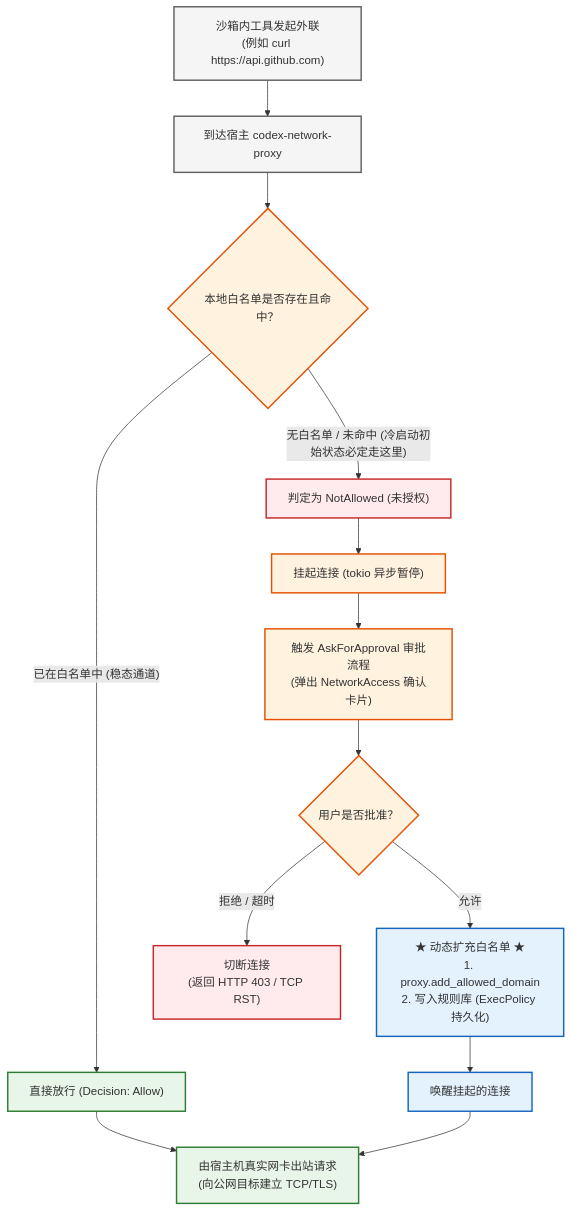
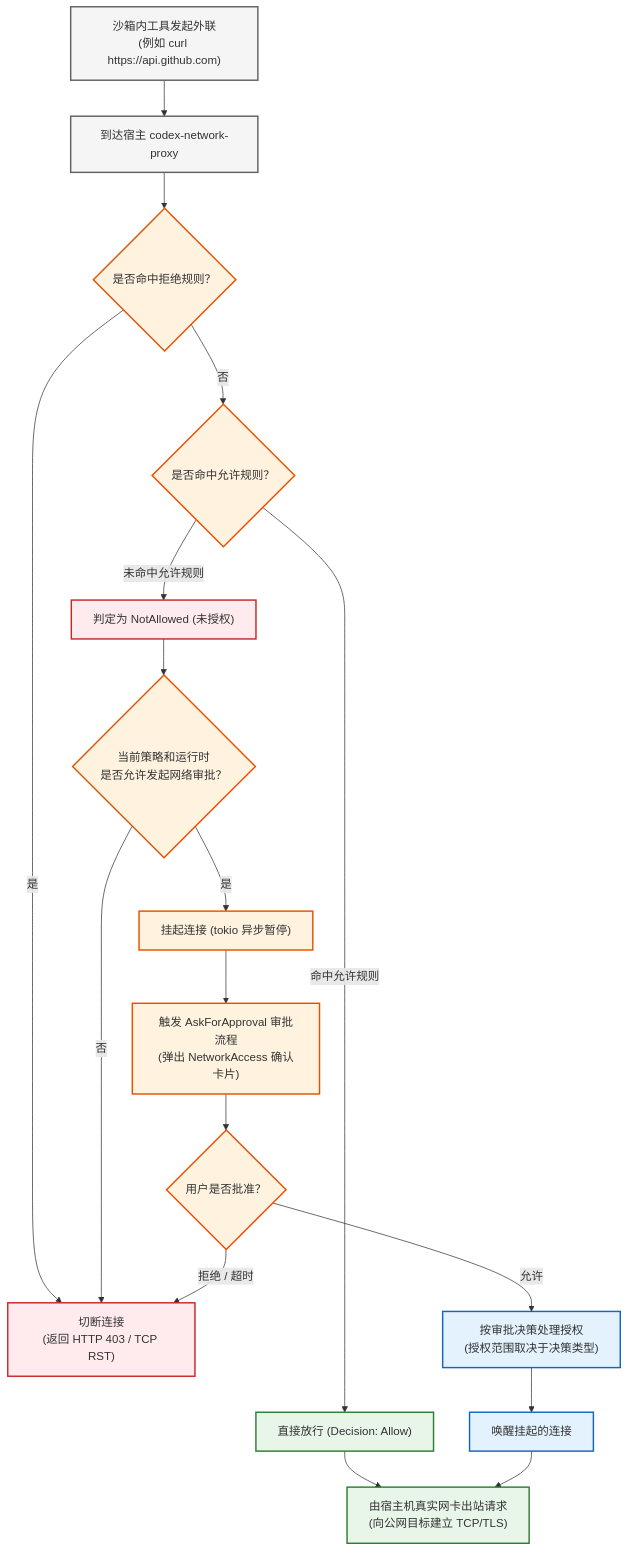
The third of 8 diagrams in 02_deep_dives/openai_codex_sandbox.md (Yajing-Z/llm-agent-learning), drawn with Mermaid before and after one commit. The commit also changed other lines of this file, not shown here.

````diff
--- a/02_deep_dives/openai_codex_sandbox.md
+++ b/02_deep_dives/openai_codex_sandbox.md
@@ -186,40 +197,46 @@
 ```mermaid
 graph TD
     classDef start fill:#f5f5f5,stroke:#616161,stroke-width:2px;
     classDef decision fill:#fff3e0,stroke:#e65100,stroke-width:2px;
     classDef allow fill:#e8f5e9,stroke:#2e7d32,stroke-width:2px;
     classDef deny fill:#ffebee,stroke:#c62828,stroke-width:2px;
     classDef dynamic fill:#e3f2fd,stroke:#1565c0,stroke-width:2px;
 
     REQ["沙箱内工具发起外联<br/>(例如 curl https://api.github.com)"]:::start
     PROXY["到达宿主 codex-network-proxy"]:::start
-    CHECK{"本地白名单是否存在且命中？"}:::decision
+    DENIED{"是否命中拒绝规则？"}:::decision
+    CHECK{"是否命中允许规则？"}:::decision
     
     FAST["直接放行 (Decision: Allow)"]:::allow
     OUTBOUND["由宿主机真实网卡出站请求<br/>(向公网目标建立 TCP/TLS)"]:::allow
     
     BLOCK["判定为 NotAllowed (未授权)"]:::deny
+    CAN_APPROVE{"当前策略和运行时<br/>是否允许发起网络审批？"}:::decision
     SUSPEND["挂起连接 (tokio 异步暂停)"]:::decision
     APPROVAL["触发 AskForApproval 审批流程<br/>(弹出 NetworkAccess 确认卡片)"]:::decision
     
     USER_DECIDE{"用户是否批准？"}:::decision
     KILL["切断连接<br/>(返回 HTTP 403 / TCP RST)"]:::deny
     
-    EXPAND["★ 动态扩充白名单 ★<br/>1. proxy.add_allowed_domain<br/>2. 写入规则库 (ExecPolicy 持久化)"]:::dynamic
+    EXPAND["按审批决策处理授权<br/>(授权范围取决于决策类型)"]:::dynamic
     RESUME["唤醒挂起的连接"]:::dynamic
 
     REQ --> PROXY
-    PROXY --> CHECK
-    CHECK -->|"已在白名单中 (稳态通道)"| FAST
+    PROXY --> DENIED
+    DENIED -->|"是"| KILL
+    DENIED -->|"否"| CHECK
+    CHECK -->|"命中允许规则"| FAST
     FAST --> OUTBOUND
     
-    CHECK -->|"无白名单 / 未命中 (冷启动初始状态必定走这里)"| BLOCK
-    BLOCK --> SUSPEND
+    CHECK -->|"未命中允许规则"| BLOCK
+    BLOCK --> CAN_APPROVE
+    CAN_APPROVE -->|"否"| KILL
+    CAN_APPROVE -->|"是"| SUSPEND
     SUSPEND --> APPROVAL
     APPROVAL --> USER_DECIDE
     
     USER_DECIDE -->|"拒绝 / 超时"| KILL
     USER_DECIDE -->|"允许"| EXPAND
     EXPAND --> RESUME
     RESUME --> OUTBOUND
 ```
````
